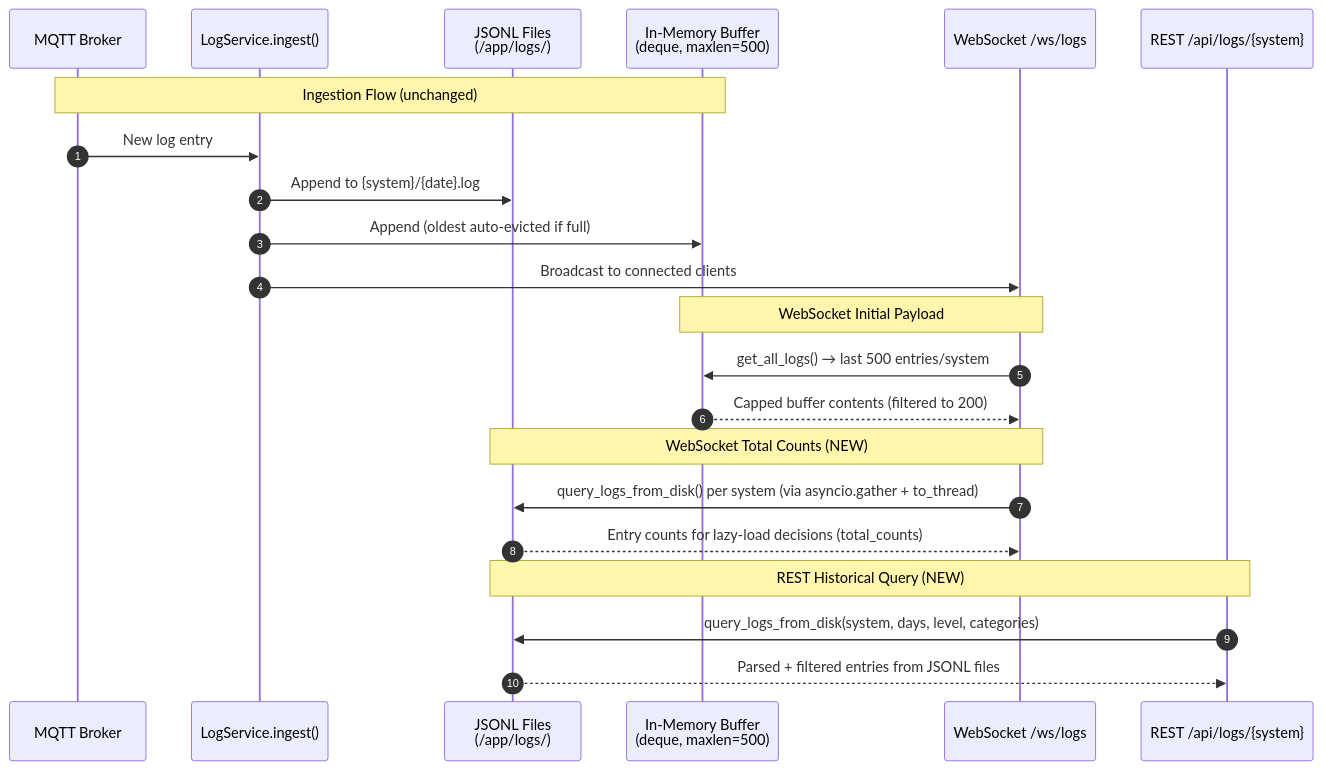
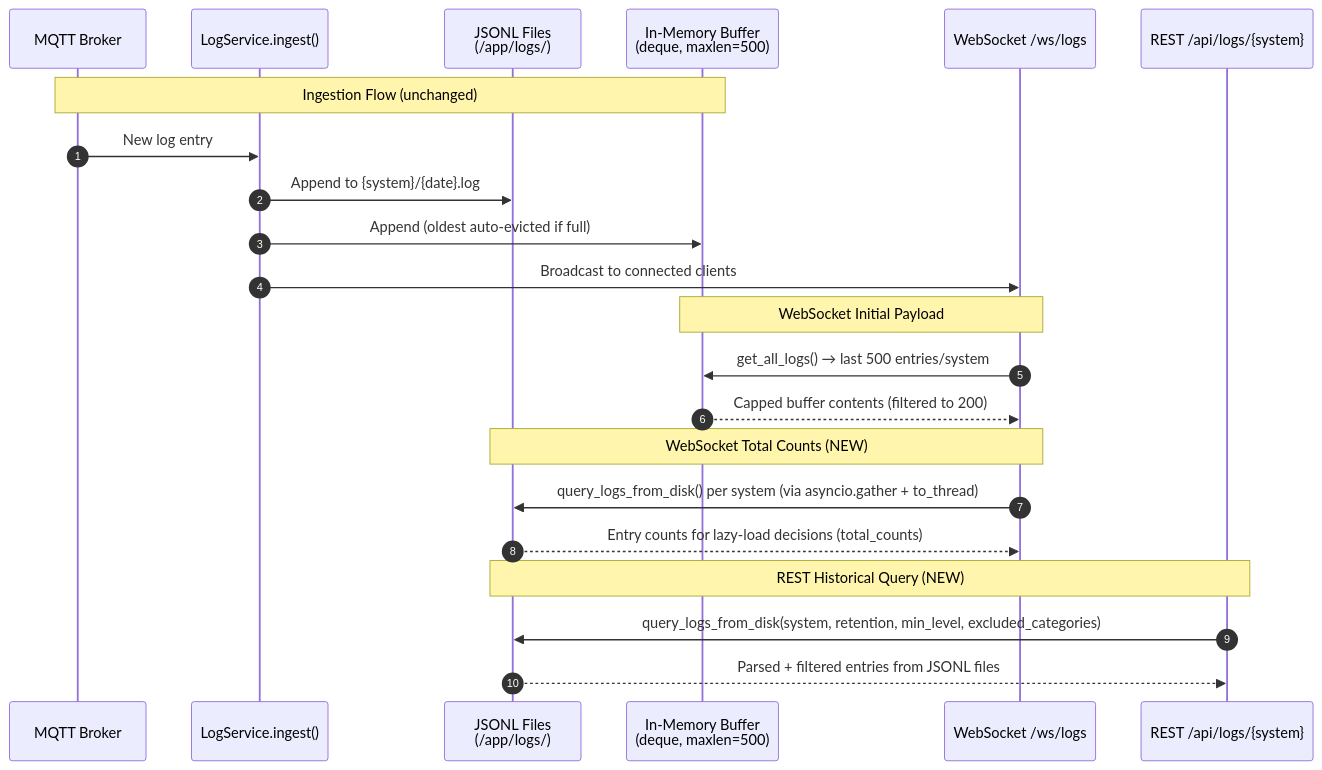
Before and after one commit to iscofield/realtime-tigo-monitor: the diagram in docs/specs/2026-02-09-disk-backed-log-storage.md, drawn with Mermaid. The commit also changed other lines of this file, not shown here.

First line of the commit message:
docs: address ContextLoop round 2 comments on disk-backed-log-storage

````diff
--- a/docs/specs/2026-02-09-disk-backed-log-storage.md
+++ b/docs/specs/2026-02-09-disk-backed-log-storage.md
@@ -316,28 +348,28 @@
 ```mermaid
 sequenceDiagram
     autonumber
     participant MQTT as MQTT Broker
     participant Ingest as LogService.ingest()
     participant Disk as JSONL Files<br/>(/app/logs/)
     participant Buffer as In-Memory Buffer<br/>(deque, maxlen=500)
     participant WS as WebSocket /ws/logs
     participant REST as REST /api/logs/{system}
 
     Note over MQTT,Buffer: Ingestion Flow (unchanged)
     MQTT->>Ingest: New log entry
     Ingest->>Disk: Append to {system}/{date}.log
     Ingest->>Buffer: Append (oldest auto-evicted if full)
     Ingest->>WS: Broadcast to connected clients
 
     Note over WS,Buffer: WebSocket Initial Payload
     WS->>Buffer: get_all_logs() → last 500 entries/system
     Buffer-->>WS: Capped buffer contents (filtered to 200)
 
     Note over WS,Disk: WebSocket Total Counts (NEW)
     WS->>Disk: query_logs_from_disk() per system (via asyncio.gather + to_thread)
     Disk-->>WS: Entry counts for lazy-load decisions (total_counts)
 
     Note over REST,Disk: REST Historical Query (NEW)
-    REST->>Disk: query_logs_from_disk(system, days, level, categories)
+    REST->>Disk: query_logs_from_disk(system, retention, min_level, excluded_categories)
     Disk-->>REST: Parsed + filtered entries from JSONL files
 ```
````
